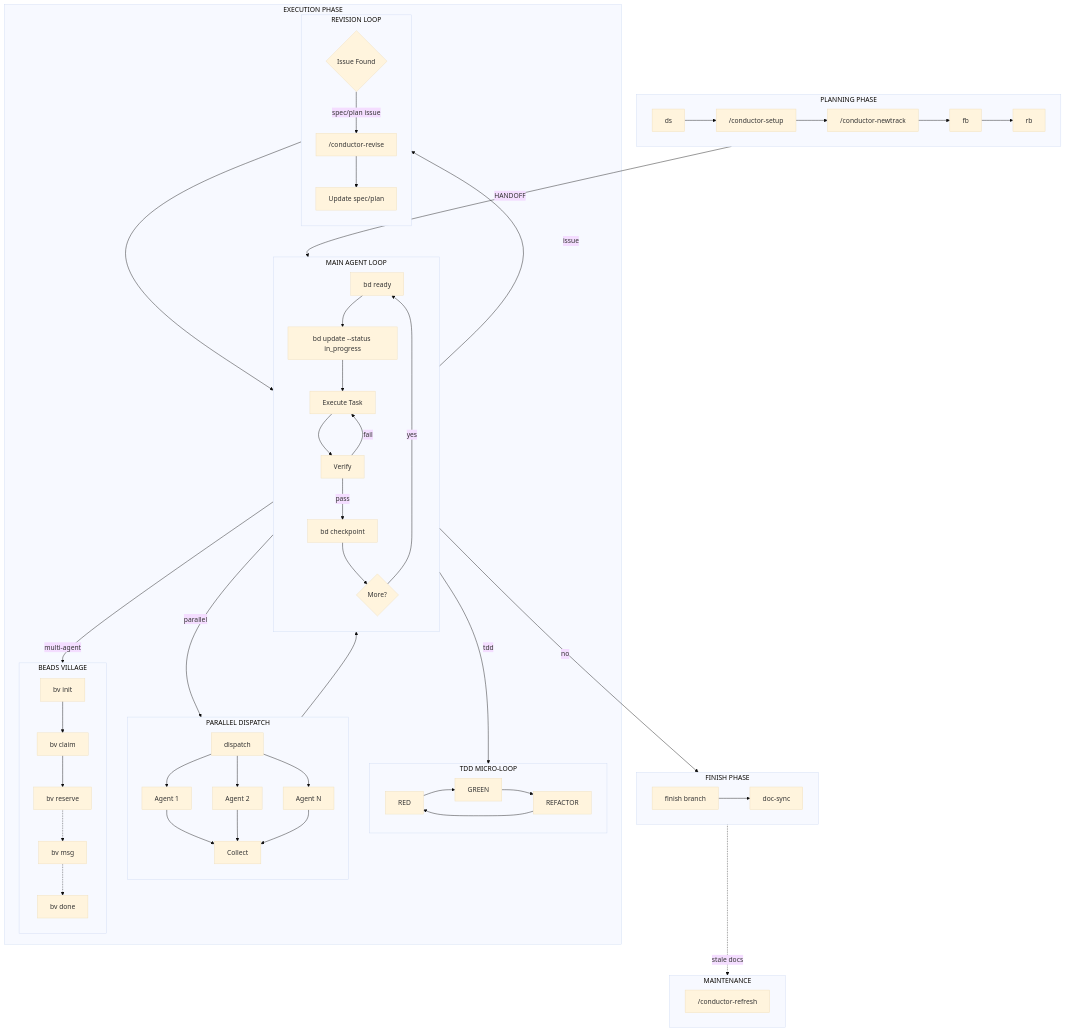
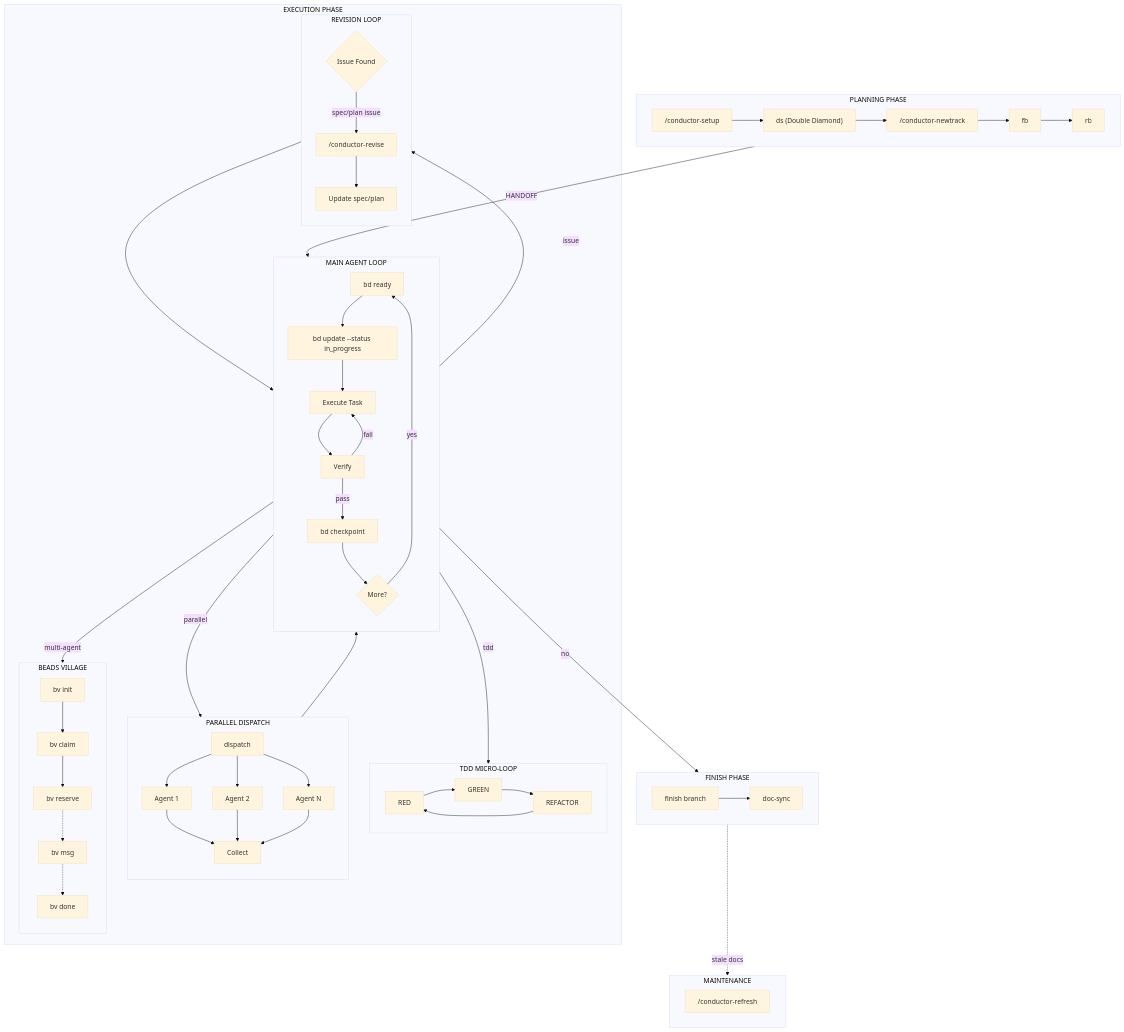
The second of 3 diagrams in README.md (ReinaMacCredy/maestro), drawn with Mermaid (base theme) before and after one commit. The commit also changed other lines of this file and 9 other files, not shown here.

First line of the commit message:
feat(design): update mermaid diagrams with BMAD v6-style workflow

```diff
--- a/README.md
+++ b/README.md
@@ -238,13 +315,13 @@
 flowchart TB
     subgraph PLANNING["PLANNING PHASE"]
         direction LR
-        DS["ds"]
         CS["/conductor-setup"]
+        DS["ds (Double Diamond)"]
         CNT["/conductor-newtrack"]
         FB["fb"]
         RB["rb"]
         
-        DS --> CS --> CNT --> FB --> RB
+        CS --> DS --> CNT --> FB --> RB
     end
 
     subgraph EXECUTION["EXECUTION PHASE"]
```
